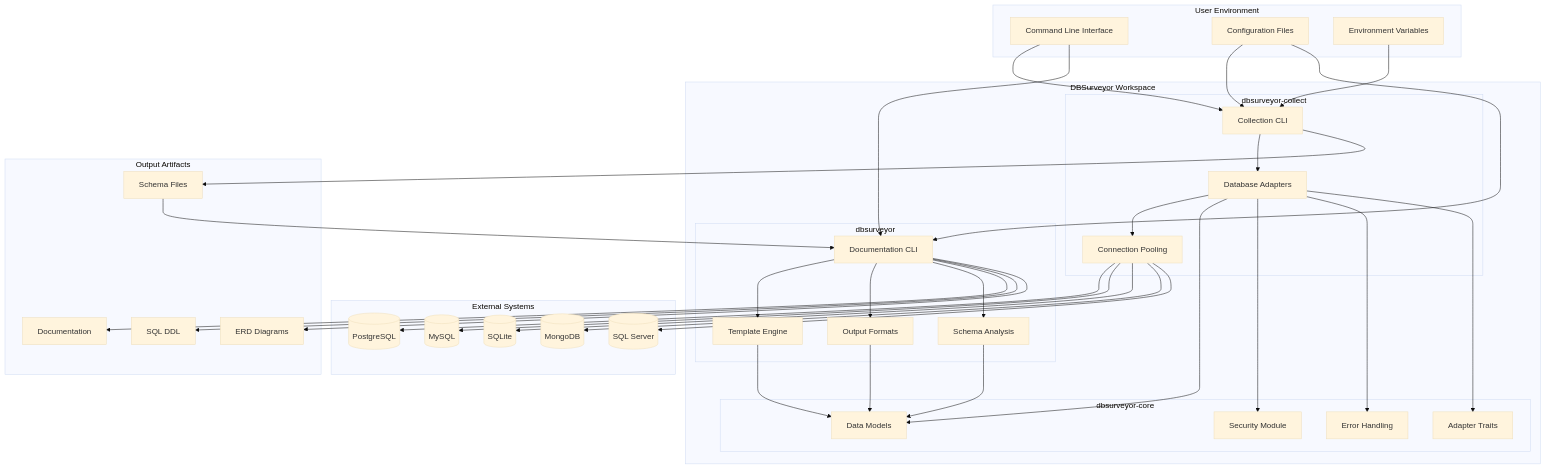
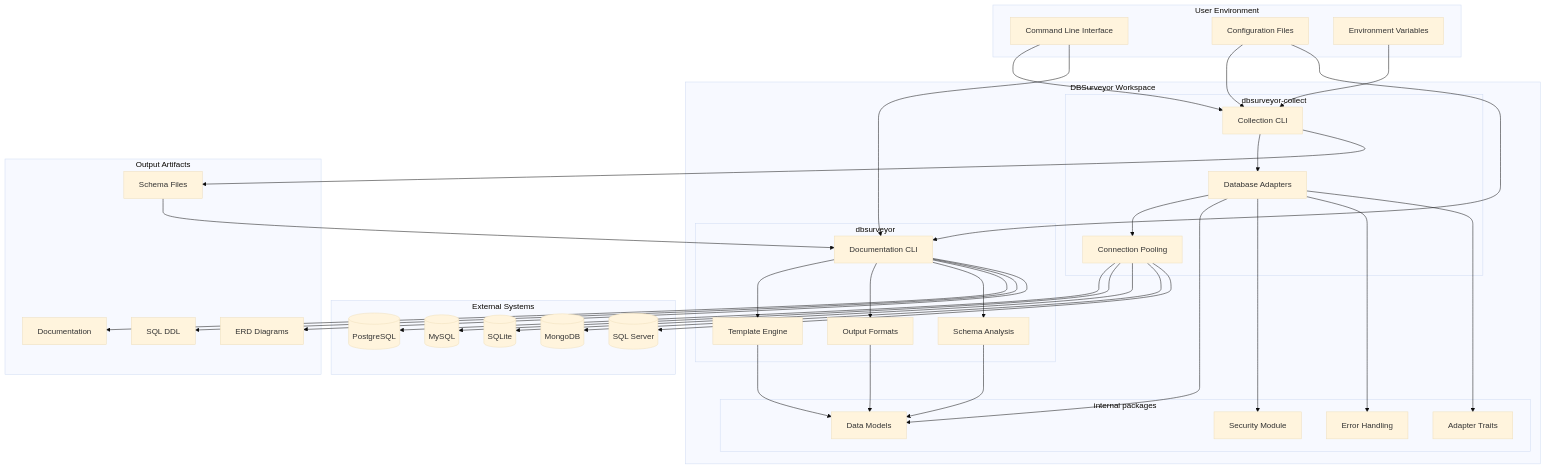
One commit to EvilBit-Labs/dbsurveyor changed the first of 12 diagrams in docs/src/architecture.md. Above: the diagram before and after it, drawn with Mermaid (base theme). The commit also changed other lines of this file and 343 other files, not shown here.

````diff
--- a/docs/src/architecture.md
+++ b/docs/src/architecture.md
@@ -7,78 +7,78 @@
 ```mermaid
 graph TB
     subgraph "User Environment"
         CLI[Command Line Interface]
         CONFIG[Configuration Files]
         ENV[Environment Variables]
     end
     
     subgraph "DBSurveyor Workspace"
         subgraph "dbsurveyor-collect"
             COLLECT_CLI[Collection CLI]
             ADAPTERS[Database Adapters]
             POOL[Connection Pooling]
         end
         
-        subgraph "dbsurveyor-core"
+        subgraph "internal packages"
             MODELS[Data Models]
             SECURITY[Security Module]
             ERROR[Error Handling]
             TRAITS[Adapter Traits]
         end
         
         subgraph "dbsurveyor"
             DOC_CLI[Documentation CLI]
             TEMPLATES[Template Engine]
             FORMATS[Output Formats]
             ANALYSIS[Schema Analysis]
         end
     end
     
     subgraph "External Systems"
         POSTGRES[(PostgreSQL)]
         MYSQL[(MySQL)]
         SQLITE[(SQLite)]
         MONGODB[(MongoDB)]
         SQLSERVER[(SQL Server)]
     end
     
     subgraph "Output Artifacts"
         JSON[Schema Files]
         DOCS[Documentation]
         SQL[SQL DDL]
         DIAGRAMS[ERD Diagrams]
     end
     
     CLI --> COLLECT_CLI
     CLI --> DOC_CLI
     CONFIG --> COLLECT_CLI
     CONFIG --> DOC_CLI
     ENV --> COLLECT_CLI
     
     COLLECT_CLI --> ADAPTERS
     ADAPTERS --> POOL
     ADAPTERS --> MODELS
     ADAPTERS --> SECURITY
     ADAPTERS --> ERROR
     ADAPTERS --> TRAITS
     
     POOL --> POSTGRES
     POOL --> MYSQL
     POOL --> SQLITE
     POOL --> MONGODB
     POOL --> SQLSERVER
     
     COLLECT_CLI --> JSON
     
     DOC_CLI --> TEMPLATES
     DOC_CLI --> FORMATS
     DOC_CLI --> ANALYSIS
     TEMPLATES --> MODELS
     FORMATS --> MODELS
     ANALYSIS --> MODELS
     
     JSON --> DOC_CLI
     DOC_CLI --> DOCS
     DOC_CLI --> SQL
     DOC_CLI --> DIAGRAMS
 ```
````
